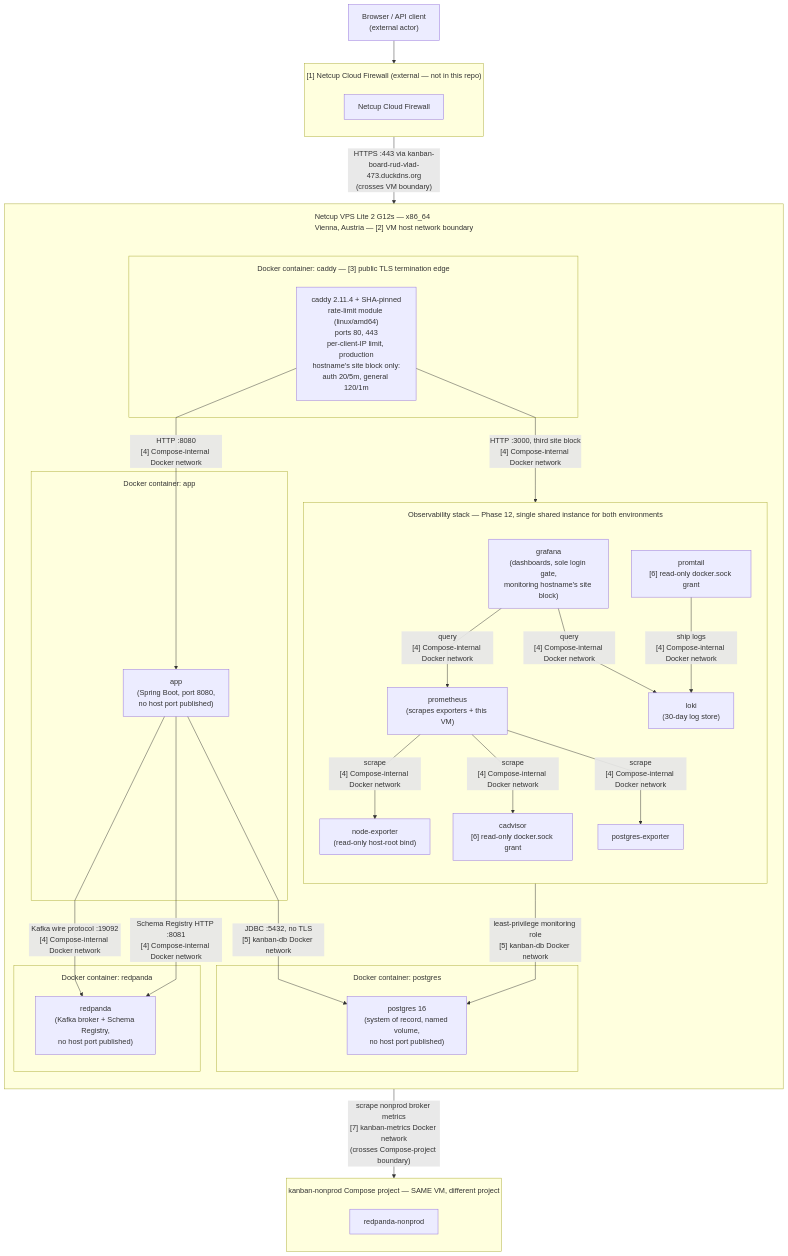
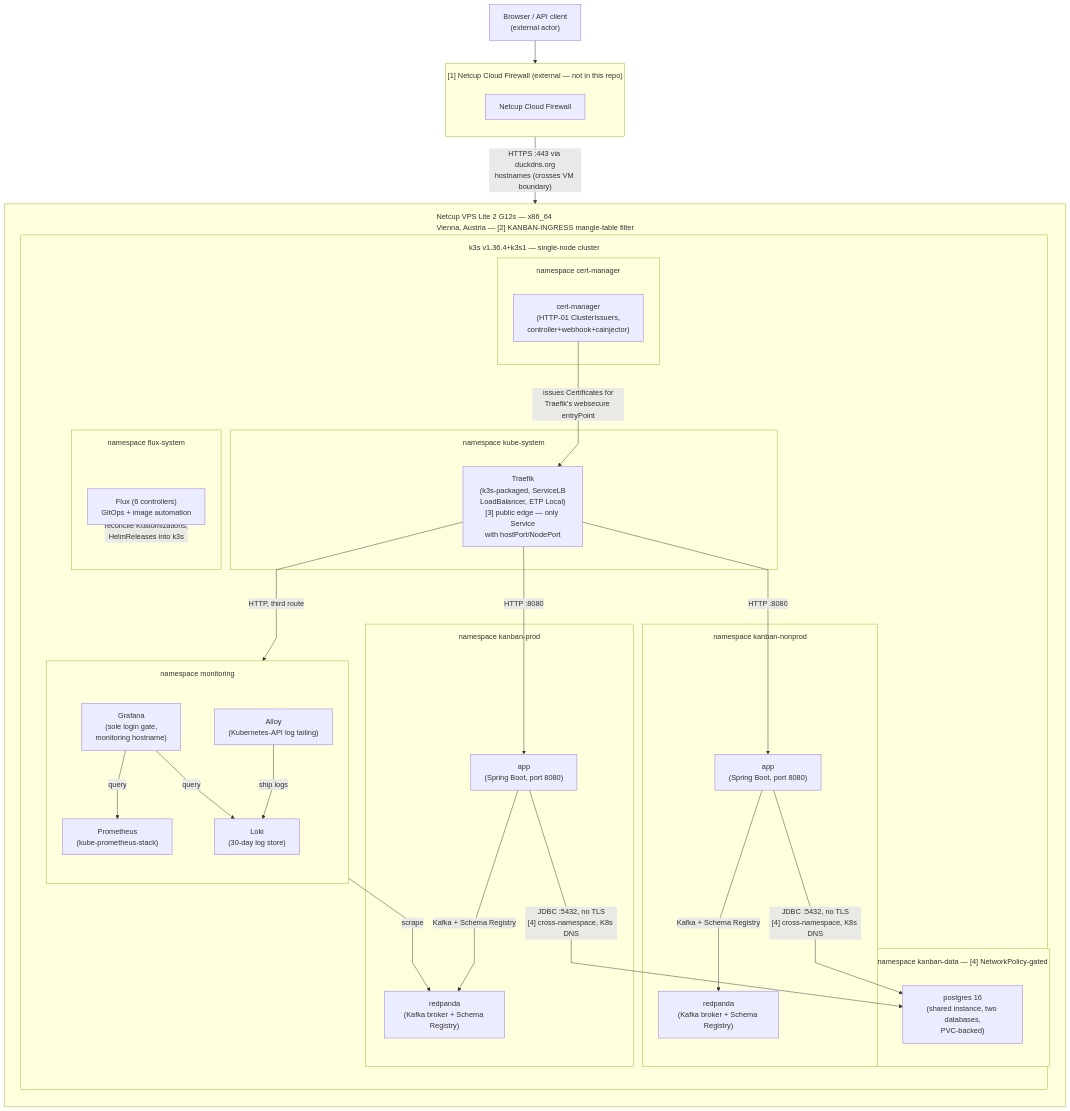
One commit to RudVlad473/kanban-board-backend changed the diagram in README.md. Above: the diagram before and after it, drawn with Mermaid. The commit also changed other lines of this file and 7 other files, not shown here.

````diff
--- a/README.md
+++ b/README.md
@@ -125,64 +125,73 @@
 ```mermaid
 %%{init: {"flowchart": {"subGraphTitleMargin": {"top": 15, "bottom": 15}, "curve": "linear"}}}%%
 flowchart TB
     client["Browser / API client<br/>(external actor)"]
 
     subgraph netcup_edge["[1] Netcup Cloud Firewall (external — not in this repo)"]
         direction TB
         netcup_fw["Netcup Cloud Firewall"]
     end
 
-    subgraph netcup["Netcup VPS Lite 2 G12s — x86_64<br/>Vienna, Austria — [2] VM host network boundary"]
+    subgraph netcup["Netcup VPS Lite 2 G12s — x86_64<br/>Vienna, Austria — [2] KANBAN-INGRESS mangle-table filter"]
         direction TB
 
         netcup_spacer[" "]
         style netcup_spacer height:1px,fill:none,stroke:none
 
-        subgraph caddy_box["Docker container: caddy — [3] public TLS termination edge"]
-            caddy["caddy 2.11.4 + SHA-pinned<br/>rate-limit module (linux/amd64)<br/>ports 80, 443<br/>per-client-IP limit, production<br/>hostname's site block only:<br/>auth 20/5m, general 120/1m"]
-        end
-        netcup_spacer ~~~ caddy_box
-        subgraph app_box["Docker container: app"]
-            app["app<br/>(Spring Boot, port 8080,<br/>no host port published)"]
-        end
-        subgraph redpanda_box["Docker container: redpanda"]
-            redpanda["redpanda<br/>(Kafka broker + Schema Registry,<br/>no host port published)"]
-        end
-        subgraph postgres_box["Docker container: postgres"]
-            postgres["postgres 16<br/>(system of record, named volume,<br/>no host port published)"]
+        subgraph k3s_box["k3s v1.36.4+k3s1 — single-node cluster"]
+            direction TB
+
+            subgraph traefik_box["namespace kube-system"]
+                traefik["Traefik<br/>(k3s-packaged, ServiceLB<br/>LoadBalancer, ETP Local)<br/>[3] public edge — only Service<br/>with hostPort/NodePort"]
+            end
+            netcup_spacer ~~~ traefik_box
+
+            subgraph cm_box["namespace cert-manager"]
+                cert_manager["cert-manager<br/>(HTTP-01 ClusterIssuers,<br/>controller+webhook+cainjector)"]
+            end
+
+            subgraph prod_box["namespace kanban-prod"]
+                app_prod["app<br/>(Spring Boot, port 8080)"]
+                redpanda_prod["redpanda<br/>(Kafka broker + Schema Registry)"]
+            end
+
+            subgraph nonprod_box["namespace kanban-nonprod"]
+                app_nonprod["app<br/>(Spring Boot, port 8080)"]
+                redpanda_nonprod["redpanda<br/>(Kafka broker + Schema Registry)"]
+            end
+
+            subgraph data_box["namespace kanban-data — [4] NetworkPolicy-gated"]
+                postgres["postgres 16<br/>(shared instance, two databases,<br/>PVC-backed)"]
+            end
+
+            subgraph monitoring_box["namespace monitoring"]
+                direction TB
+                prometheus["Prometheus<br/>(kube-prometheus-stack)"]
+                grafana["Grafana<br/>(sole login gate,<br/>monitoring hostname)"]
+                loki["Loki<br/>(30-day log store)"]
+                alloy["Alloy<br/>(Kubernetes-API log tailing)"]
+            end
+
+            subgraph flux_box["namespace flux-system"]
+                flux["Flux (6 controllers)<br/>GitOps + image automation"]
+            end
         end
 
-        subgraph obs_box["Observability stack — Phase 12, single shared instance for both environments"]
-            direction TB
-            prometheus["prometheus<br/>(scrapes exporters + this VM)"]
-            grafana["grafana<br/>(dashboards, sole login gate,<br/>monitoring hostname's site block)"]
-            loki["loki<br/>(30-day log store)"]
-            promtail["promtail<br/>[6] read-only docker.sock grant"]
-            cadvisor["cadvisor<br/>[6] read-only docker.sock grant"]
-            node_exp["node-exporter<br/>(read-only host-root bind)"]
-            pg_exp["postgres-exporter"]
-        end
-
-        caddy -- "HTTP :8080<br/>[4] Compose-internal Docker network" --> app
-        caddy -- "HTTP :3000, third site block<br/>[4] Compose-internal Docker network" --> grafana
-        app -- "Kafka wire protocol :19092<br/>[4] Compose-internal Docker network" --> redpanda
-        app -- "Schema Registry HTTP :8081<br/>[4] Compose-internal Docker network" --> redpanda
-        app -- "JDBC :5432, no TLS<br/>[5] kanban-db Docker network" --> postgres
-        prometheus -- "scrape<br/>[4] Compose-internal Docker network" --> node_exp
-        prometheus -- "scrape<br/>[4] Compose-internal Docker network" --> cadvisor
-        prometheus -- "scrape<br/>[4] Compose-internal Docker network" --> pg_exp
-        pg_exp -- "least-privilege monitoring role<br/>[5] kanban-db Docker network" --> postgres
-        promtail -- "ship logs<br/>[4] Compose-internal Docker network" --> loki
-        grafana -- "query<br/>[4] Compose-internal Docker network" --> prometheus
-        grafana -- "query<br/>[4] Compose-internal Docker network" --> loki
+        traefik -- "HTTP :8080" --> app_prod
+        traefik -- "HTTP :8080" --> app_nonprod
+        traefik -- "HTTP, third route" --> grafana
+        app_prod -- "Kafka + Schema Registry" --> redpanda_prod
+        app_nonprod -- "Kafka + Schema Registry" --> redpanda_nonprod
+        app_prod -- "JDBC :5432, no TLS<br/>[4] cross-namespace, K8s DNS" --> postgres
+        app_nonprod -- "JDBC :5432, no TLS<br/>[4] cross-namespace, K8s DNS" --> postgres
+        prometheus -- "scrape" --> redpanda_prod
+        alloy -- "ship logs" --> loki
+        grafana -- "query" --> prometheus
+        grafana -- "query" --> loki
+        cert_manager -- "issues Certificates for<br/>Traefik's websecure entryPoint" --> traefik
     end
 
-    subgraph nonprod_box["kanban-nonprod Compose project — SAME VM, different project"]
-        direction TB
-        redpanda_nonprod["redpanda-nonprod"]
-    end
-    prometheus -- "scrape nonprod broker metrics<br/>[7] kanban-metrics Docker network<br/>(crosses Compose-project boundary)" --> redpanda_nonprod
-
     client --> netcup_fw
-    netcup_fw -- "HTTPS :443 via kanban-board-rud-vlad-473.duckdns.org<br/>(crosses VM boundary)" --> caddy
+    netcup_fw -- "HTTPS :443 via duckdns.org<br/>hostnames (crosses VM boundary)" --> netcup
+    flux -- "reconcile Kustomizations,<br/>HelmReleases into k3s" --> k3s_box
 ```
````
